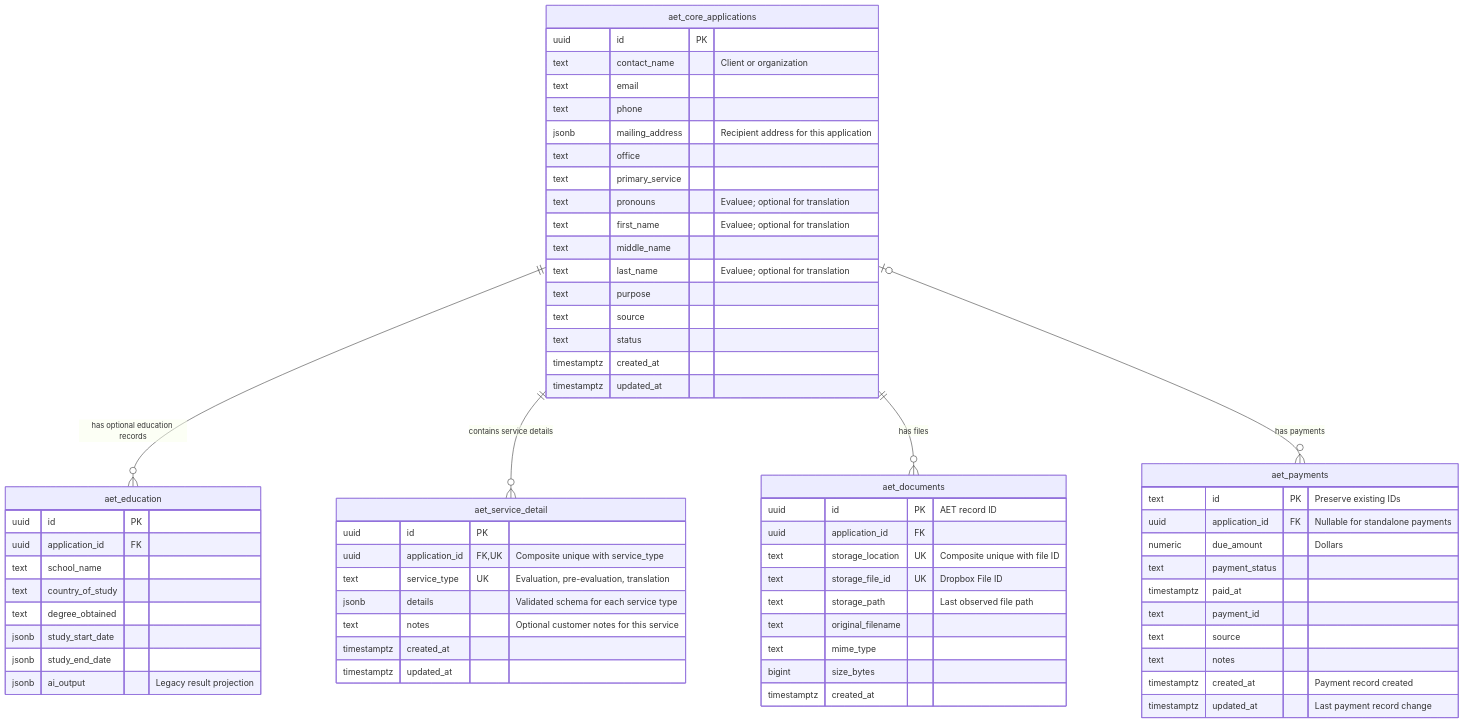
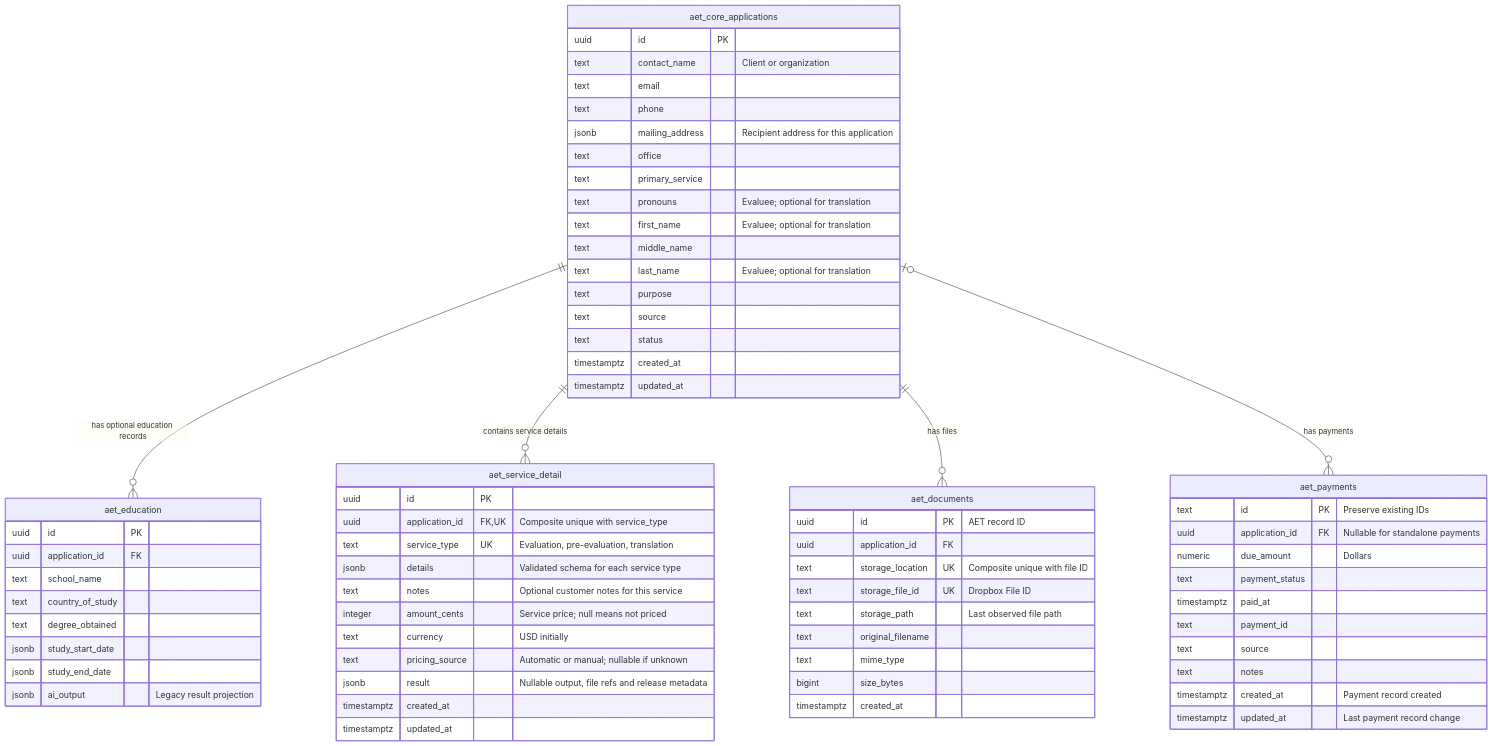
One commit to Jeromestein/aet-website-2026 changed the third of 3 diagrams in docs/database-architecture.md. Above: the diagram before and after it, drawn with Mermaid. The commit also changed other lines of this file and 6 other files, not shown here.

Commit message:
docs(database): Document simplified schema and migration plan

````diff
--- a/docs/database-architecture.md
+++ b/docs/database-architecture.md
@@ -397,68 +403,72 @@
 ```mermaid
 erDiagram
   direction TB
   aet_core_applications {
     uuid id PK
     text contact_name "Client or organization"
     text email
     text phone
     jsonb mailing_address "Recipient address for this application"
     text office
     text primary_service
     text pronouns "Evaluee; optional for translation"
     text first_name "Evaluee; optional for translation"
     text middle_name
     text last_name "Evaluee; optional for translation"
     text purpose
     text source
     text status
     timestamptz created_at
     timestamptz updated_at
   }
   aet_education {
     uuid id PK
     uuid application_id FK
     text school_name
     text country_of_study
     text degree_obtained
     jsonb study_start_date
     jsonb study_end_date
     jsonb ai_output "Legacy result projection"
   }
   aet_service_detail {
     uuid id PK
     uuid application_id FK,UK "Composite unique with service_type"
     text service_type UK "Evaluation, pre-evaluation, translation"
     jsonb details "Validated schema for each service type"
     text notes "Optional customer notes for this service"
+    integer amount_cents "Service price; null means not priced"
+    text currency "USD initially"
+    text pricing_source "Automatic or manual; nullable if unknown"
+    jsonb result "Nullable output, file refs and release metadata"
     timestamptz created_at
     timestamptz updated_at
   }
   aet_documents {
     uuid id PK "AET record ID"
     uuid application_id FK
     text storage_location UK "Composite unique with file ID"
     text storage_file_id UK "Dropbox File ID"
     text storage_path "Last observed file path"
     text original_filename
     text mime_type
     bigint size_bytes
     timestamptz created_at
   }
   aet_payments {
     text id PK "Preserve existing IDs"
     uuid application_id FK "Nullable for standalone payments"
     numeric due_amount "Dollars"
     text payment_status
     timestamptz paid_at
     text payment_id
     text source
     text notes
     timestamptz created_at "Payment record created"
     timestamptz updated_at "Last payment record change"
   }
   aet_core_applications ||--o{ aet_education : "has optional education records"
   aet_core_applications ||--o{ aet_service_detail : "contains service details"
   aet_core_applications ||--o{ aet_documents : "has files"
   aet_core_applications |o--o{ aet_payments : "has payments"
 ```
````
